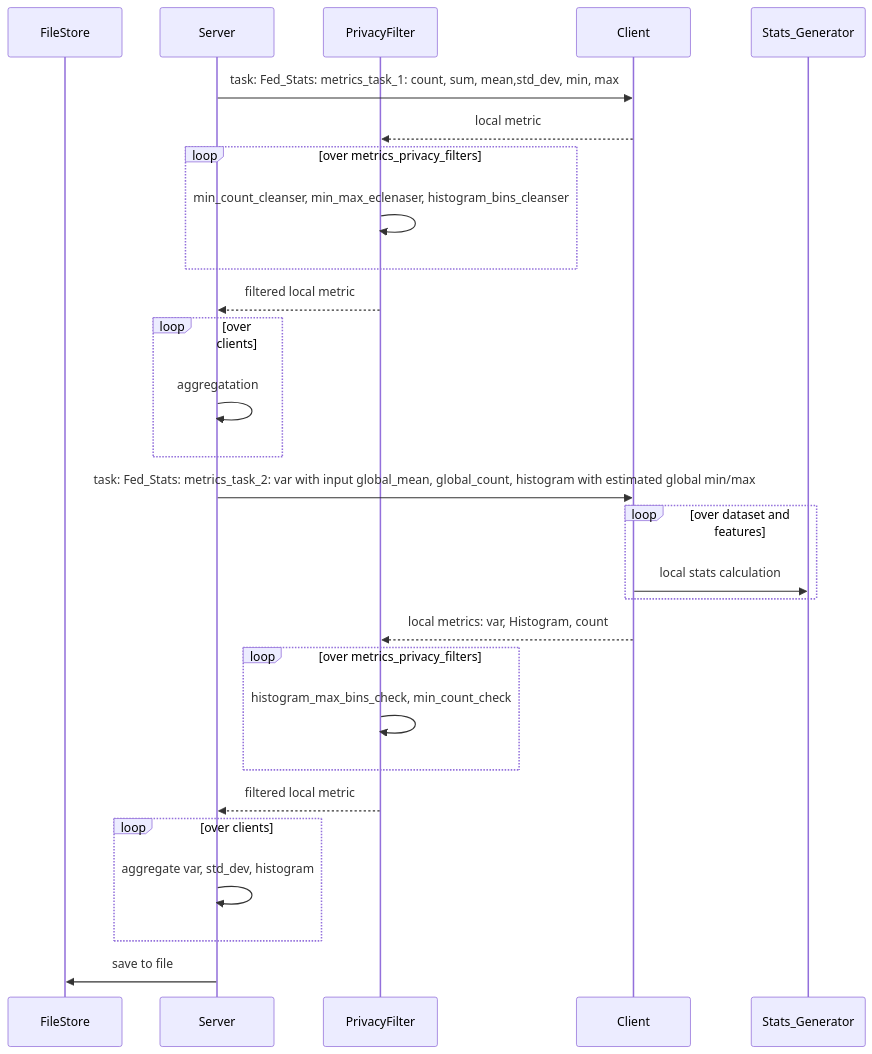
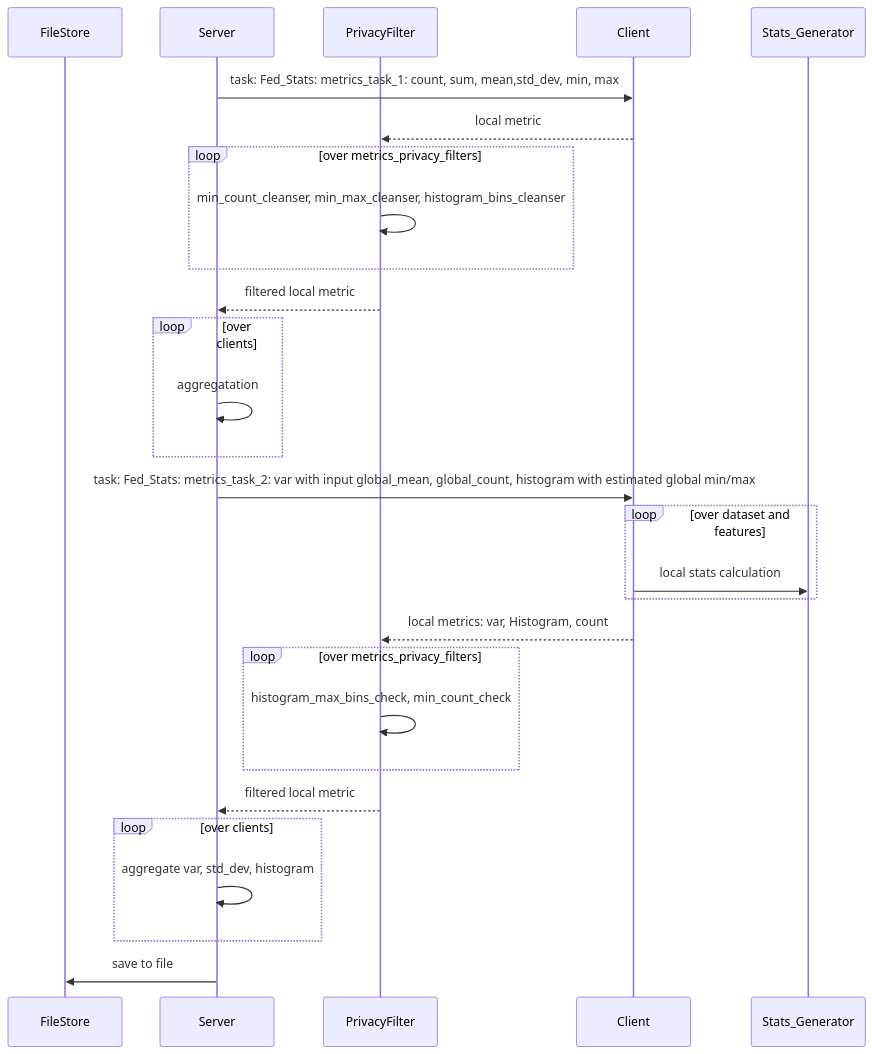
The diagram in examples/federated_statistics/README.md (NVIDIA/NVFlare), drawn with Mermaid before and after one commit.

````diff
--- a/examples/federated_statistics/README.md
+++ b/examples/federated_statistics/README.md
@@ -28,31 +28,31 @@
 ```mermaid
  
 sequenceDiagram
     participant FileStore
     participant Server
     participant PrivacyFilter
     participant Client
     participant Stats_Generator
     Server->>Client: task: Fed_Stats: metrics_task_1: count, sum, mean,std_dev, min, max 
     Client-->>PrivacyFilter: local metric
      loop over metrics_privacy_filters
-        PrivacyFilter->>PrivacyFilter: min_count_cleanser, min_max_eclenaser, histogram_bins_cleanser
+        PrivacyFilter->>PrivacyFilter: min_count_cleanser, min_max_cleanser, histogram_bins_cleanser
     end
     PrivacyFilter-->>Server: filtered local metric
     loop over clients
         Server->>Server: aggregatation
     end
     Server->>Client:  task: Fed_Stats: metrics_task_2: var with input global_mean, global_count, histogram with estimated global min/max
     loop over dataset and features
        Client->>Stats_Generator: local stats calculation
     end
     Client-->>PrivacyFilter: local metrics: var, Histogram, count
     loop over metrics_privacy_filters
         PrivacyFilter->>PrivacyFilter: histogram_max_bins_check, min_count_check
     end
     PrivacyFilter-->>Server: filtered local metric    
     loop over clients
         Server->>Server: aggregate var, std_dev, histogram
     end
     Server->>FileStore: save to file
 ```
````
